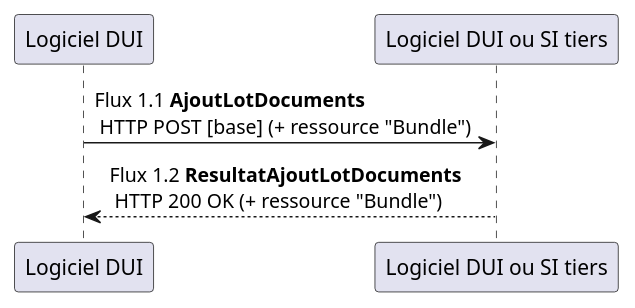
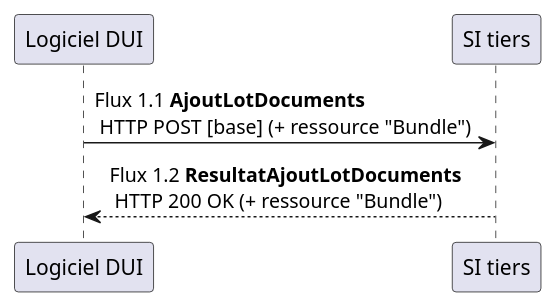
Before and after one commit to ansforge/IG-contenu-cda-medicosocial-transfert-donnees-dui: the diagram in input/images-source/flux2.plantuml, drawn with PlantUML.

```diff
--- a/input/images-source/flux2.plantuml
+++ b/input/images-source/flux2.plantuml
@@ -1,6 +1,6 @@
 @startuml
 
-"Logiciel DUI" -> "Logiciel DUI ou SI tiers" : Flux 1.1 **AjoutLotDocuments** \n HTTP POST [base] (+ ressource "Bundle")
-"Logiciel DUI" <-- "Logiciel DUI ou SI tiers" : Flux 1.2 **ResultatAjoutLotDocuments** \n HTTP 200 OK (+ ressource "Bundle")
+"Logiciel DUI" -> "SI tiers" : Flux 1.1 **AjoutLotDocuments** \n HTTP POST [base] (+ ressource "Bundle")
+"Logiciel DUI" <-- "SI tiers" : Flux 1.2 **ResultatAjoutLotDocuments** \n HTTP 200 OK (+ ressource "Bundle")
 
 @enduml
```
